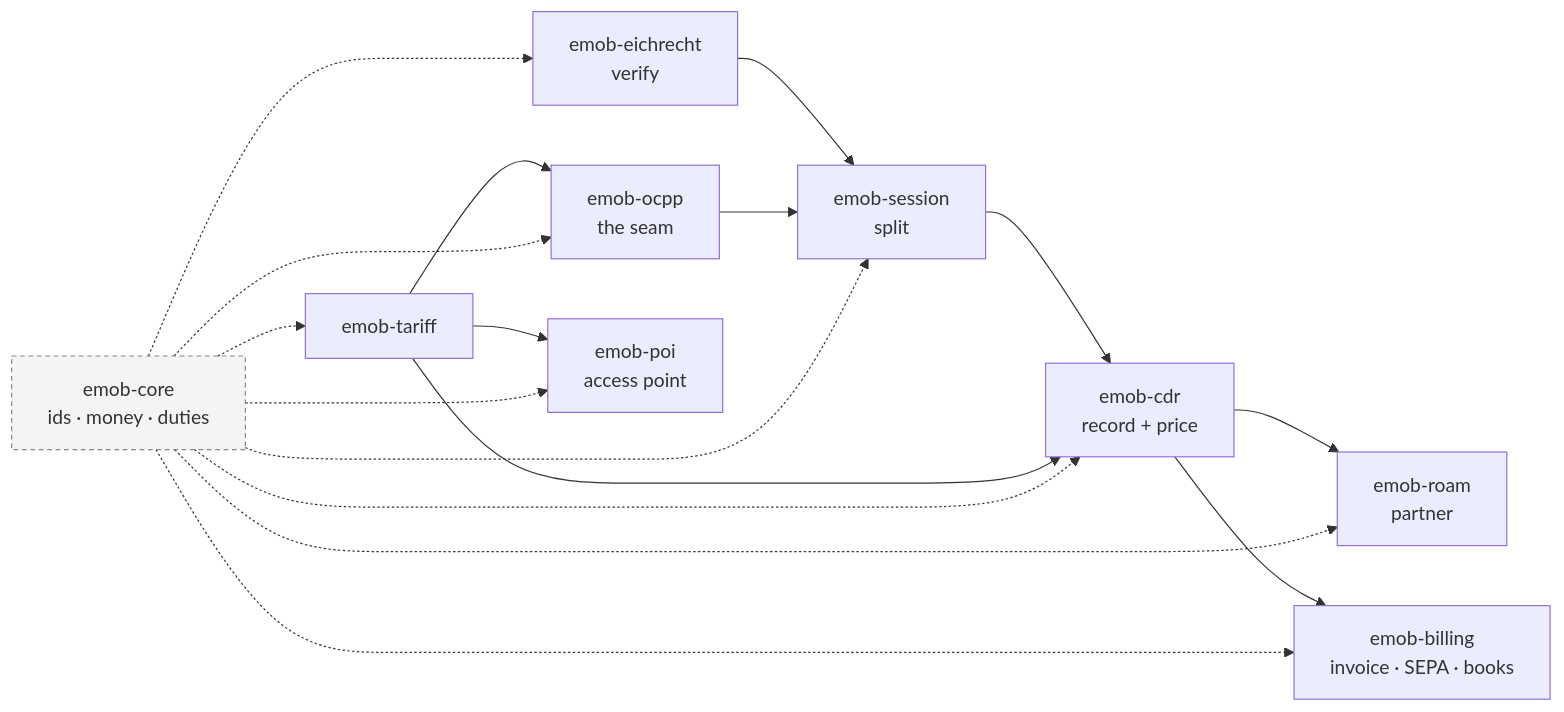
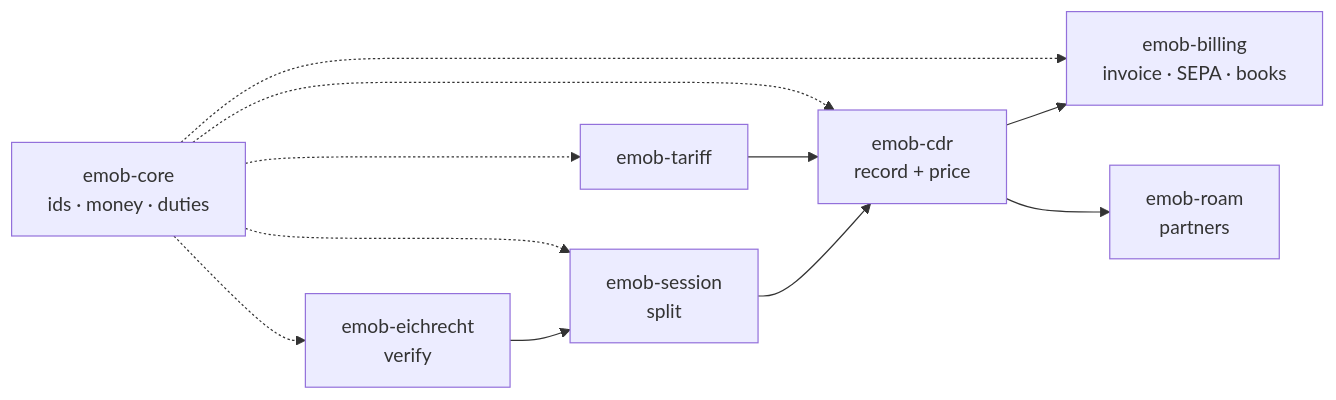
Before and after one commit to hupe1980/emob: the diagram in site/content/docs/getting-started.md, drawn with Mermaid. The commit also changed other lines of this file and 223 other files, not shown here.

````diff
--- a/site/content/docs/getting-started.md
+++ b/site/content/docs/getting-started.md
@@ -51,15 +86,9 @@
 ```mermaid
 flowchart LR
     A["emob-eichrecht<br/>verify"] --> B["emob-session<br/>split"]
     B --> C["emob-cdr<br/>record + price"]
     T["emob-tariff"] --> C
-    O["emob-ocpp<br/>the seam"] --> B
-    C --> R["emob-roam<br/>partner"]
     C --> I["emob-billing<br/>invoice · SEPA · books"]
-    T --> P["emob-poi<br/>access point"]
-    T --> O
-    K["emob-core<br/>ids · money · duties"] -.-> A & B & C & T & R & P & O & I
-
-    classDef base fill:#88888818,stroke:#888,stroke-dasharray:4 3
-    class K base
+    C --> R["emob-roam<br/>partners"]
+    K["emob-core<br/>ids · money · duties"] -.-> A & B & C & T & I
 ```
````
